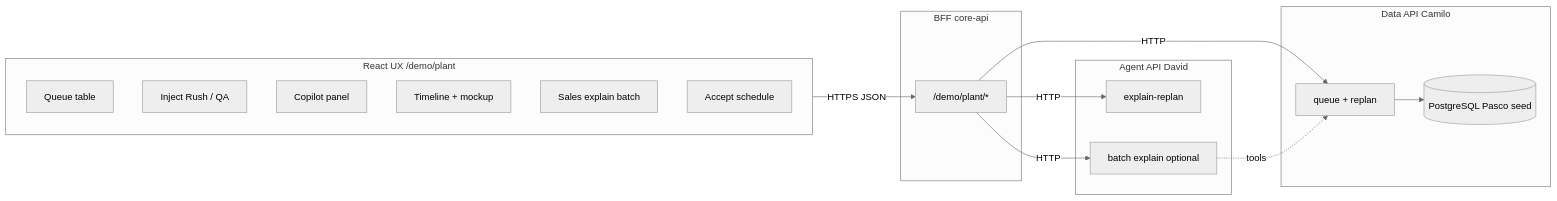
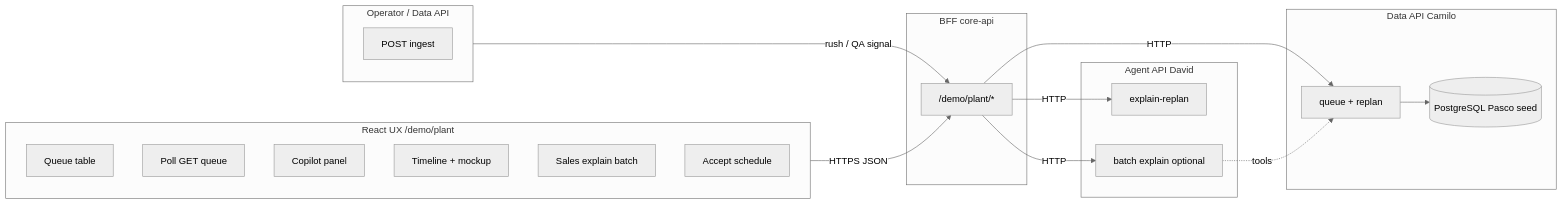
The first of 5 diagrams in docs/hackathon/uc1-ui-backend-flow.md (elmauro/greenbyte), drawn with Mermaid (neutral theme) before and after one commit. The commit also changed other lines of this file and 13 other files, not shown here.

First line of the commit message:
Align UC1 docs and contracts with ingest-first demo flow.

````diff
--- a/docs/hackathon/uc1-ui-backend-flow.md
+++ b/docs/hackathon/uc1-ui-backend-flow.md
@@ -15,32 +15,38 @@
 ```mermaid
 flowchart LR
   subgraph UX["React UX /demo/plant"]
     Q[Queue table]
-    E[Inject Rush / QA]
+    P2[Poll GET queue]
     C[Copilot panel]
     T[Timeline + mockup]
     S[Sales explain batch]
     A[Accept schedule]
   end
+
+  subgraph OP["Operator / Data API"]
+    ING[POST ingest]
+  end
+
+  OP -->|rush / QA signal| P
 
   subgraph BFF["BFF core-api"]
     P["/demo/plant/*"]
   end
 
   subgraph Data["Data API Camilo"]
     D1[queue + replan]
     D2[(PostgreSQL Pasco seed)]
   end
 
   subgraph Agent["Agent API David"]
     G1[explain-replan]
     G2[batch explain optional]
   end
 
   UX -->|HTTPS JSON| P
   P -->|HTTP| D1
   D1 --> D2
   P -->|HTTP| G1
   P -->|HTTP| G2
   G2 -.->|tools| D1
 ```
````
